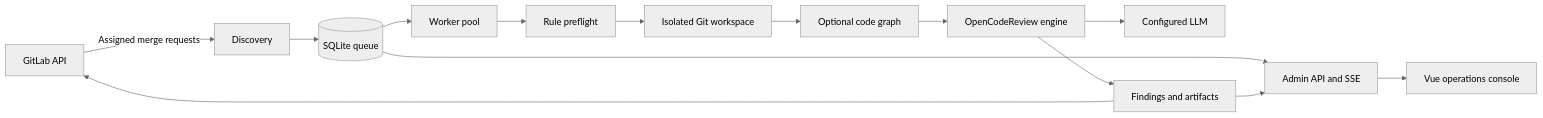
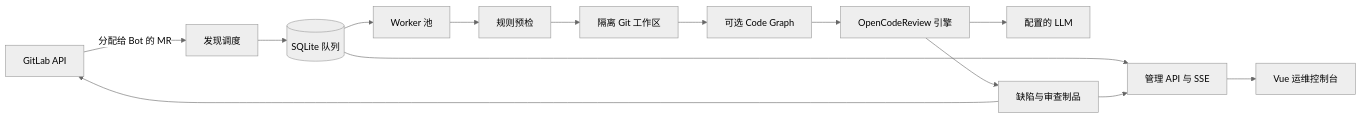
Before and after one commit to ghluuuuuu/gitlab-code-review-bot: the diagram in README.md, drawn with Mermaid (neutral theme). The commit also changed other lines of this file and 2 other files, not shown here.

````diff
--- a/README.md
+++ b/README.md
@@ -41,16 +41,16 @@
 ```mermaid
 flowchart LR
-    GL[GitLab API] -->|Assigned merge requests| D[Discovery]
-    D --> Q[(SQLite queue)]
-    Q --> W[Worker pool]
-    W --> P[Rule preflight]
-    P --> G[Isolated Git workspace]
-    G --> C[Optional code graph]
-    C --> O[OpenCodeReview engine]
-    O --> L[Configured LLM]
-    O --> R[Findings and artifacts]
+    GL[GitLab API] -->|分配给 Bot 的 MR| D[发现调度]
+    D --> Q[(SQLite 队列)]
+    Q --> W[Worker 池]
+    W --> P[规则预检]
+    P --> G[隔离 Git 工作区]
+    G --> C[可选 Code Graph]
+    C --> O[OpenCodeReview 引擎]
+    O --> L[配置的 LLM]
+    O --> R[缺陷与审查制品]
     R --> GL
-    Q --> A[Admin API and SSE]
+    Q --> A[管理 API 与 SSE]
     R --> A
-    A --> UI[Vue operations console]
+    A --> UI[Vue 运维控制台]
 ```
````
